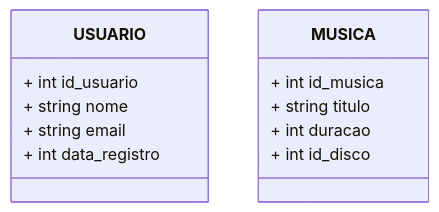
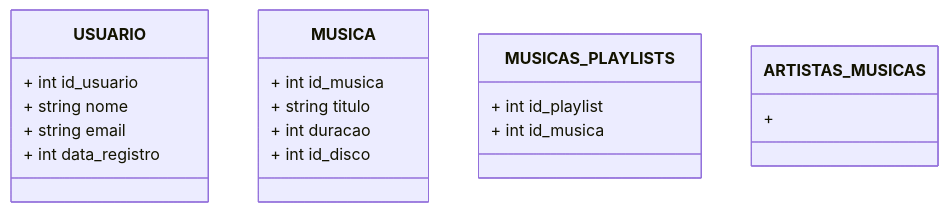
Before and after one commit to iagorosa28/sistema_de_streaming_de_musica_banco_de_dados: the diagram in README.md, drawn with Mermaid.

````diff
--- a/README.md
+++ b/README.md
@@ -26,16 +26,22 @@
 ```mermaid
 classDiagram
     class USUARIO
     USUARIO : + int id_usuario
     USUARIO : + string nome
     USUARIO : + string email
     USUARIO : + int data_registro
 
    class MUSICA
    MUSICA : + int id_musica
    MUSICA : + string titulo
    MUSICA : + int duracao
    MUSICA : + int id_disco
 
+   class MUSICAS_PLAYLISTS
+   MUSICAS_PLAYLISTS : + int id_playlist
+   MUSICAS_PLAYLISTS : + int id_musica
+
+   class ARTISTAS_MUSICAS
+   ARTISTAS_MUSICAS : + 
 
 ```
````
